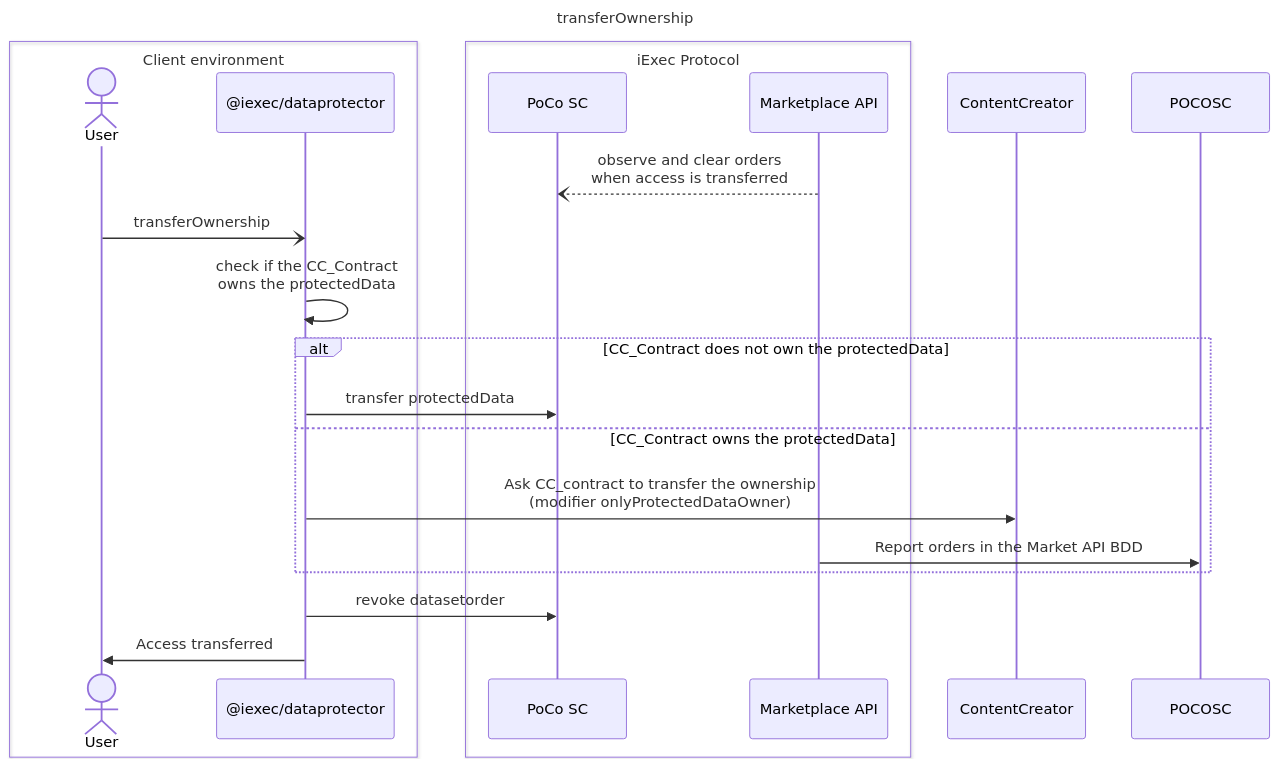
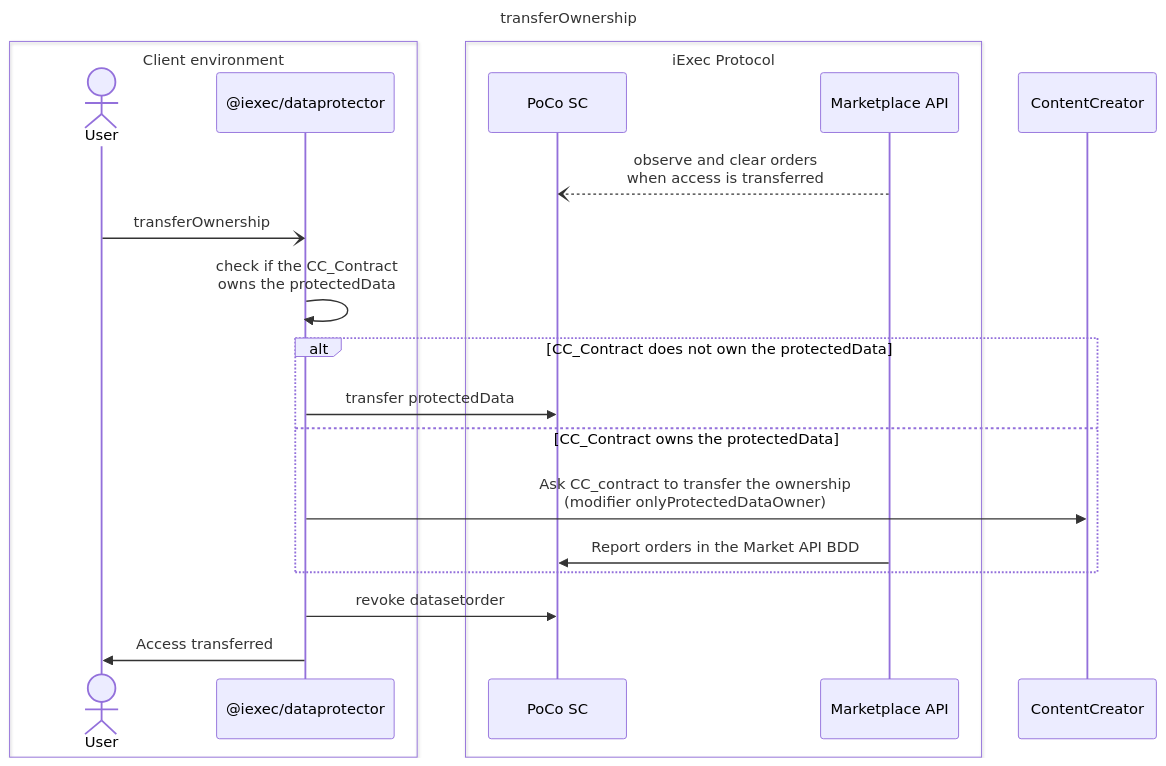
Before and after one commit to iExecBlockchainComputing/dataprotector-sdk: the diagram in technical-design/uml/sequence-transferOwnership.md, drawn with Mermaid. The commit also changed 3 other files, not shown here.

````diff
--- a/technical-design/uml/sequence-transferOwnership.md
+++ b/technical-design/uml/sequence-transferOwnership.md
@@ -3,33 +3,33 @@
 ```mermaid
 sequenceDiagram
     title transferOwnership
 
     box Client environment
         actor User
         participant SDK as @iexec/dataprotector
     end
 
     box iExec Protocol
         participant POCO as PoCo SC
         participant Market as Marketplace API
     end
 
     participant CCSC as ContentCreator
 
     Market --) POCO : observe and clear orders <br> when access is transferred
 
     User -) SDK: transferOwnership
 
     SDK ->> SDK: check if the CC_Contract <br> owns the protectedData
 
     alt CC_Contract does not own the protectedData
         SDK ->> POCO: transfer protectedData
     else CC_Contract owns the protectedData
         SDK ->> CCSC: Ask CC_contract to transfer the ownership <br> (modifier onlyProtectedDataOwner)
-        Market ->> POCOSC: Report orders in the Market API BDD
+        Market ->> POCO: Report orders in the Market API BDD
     end
 
     SDK ->> POCO: revoke datasetorder
 
     SDK ->> User: Access transferred
 ```
````
